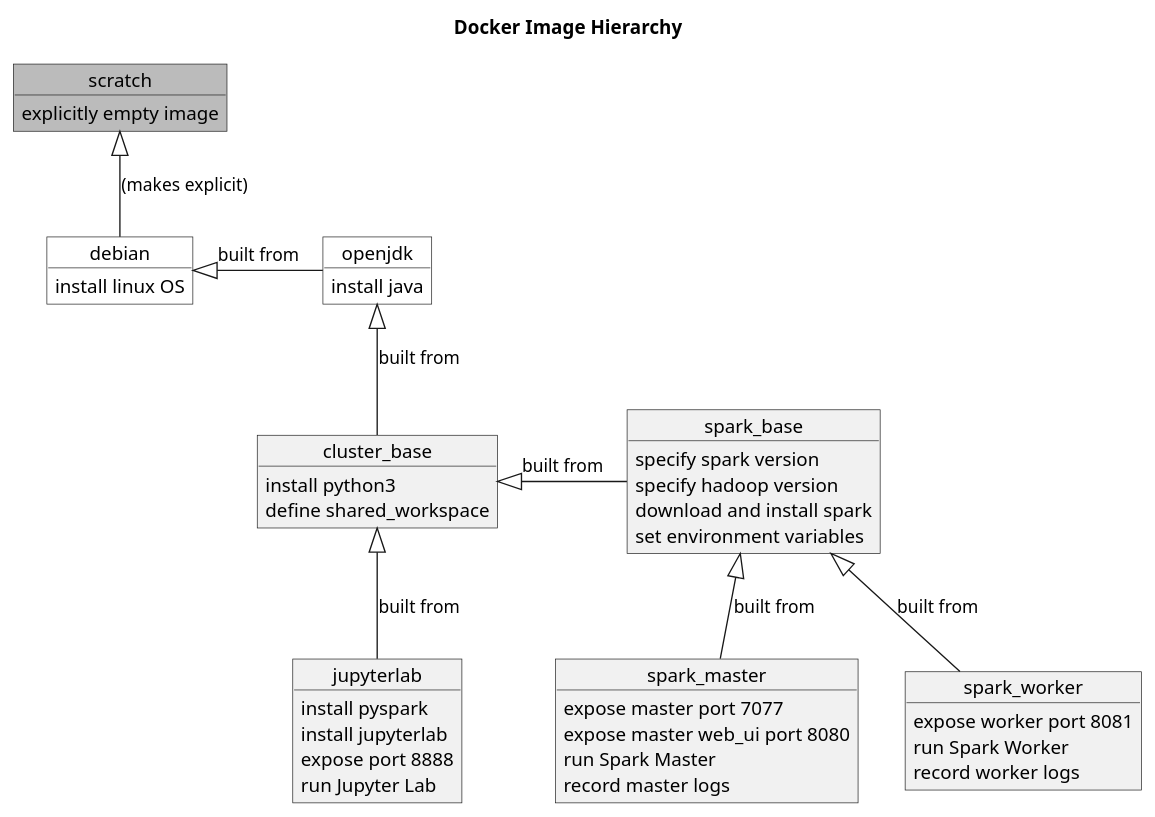
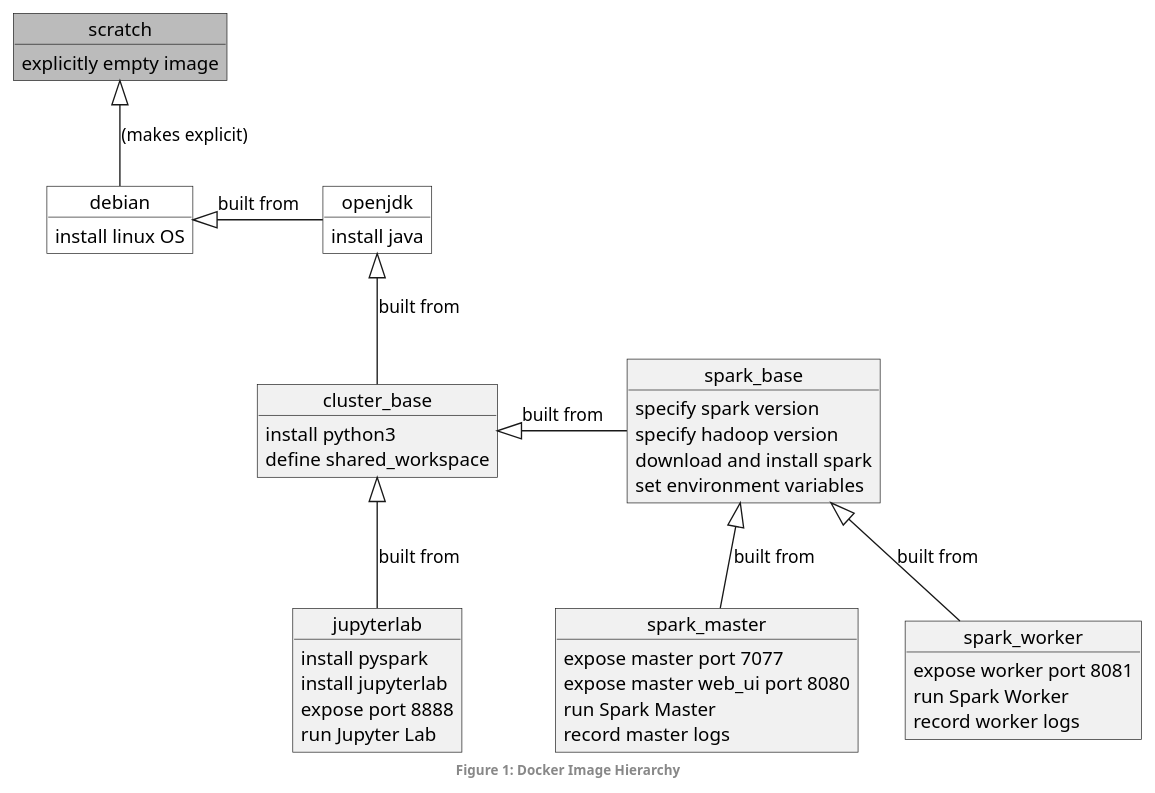
Before and after one commit to peterprescott/spark-standalone: the diagram in files/figures/docker-hierarchy.puml, drawn with PlantUML. The commit also changed 5 other files, not shown here.

Commit message:
Include figure titles as footers

```diff
--- a/files/figures/docker-hierarchy.puml
+++ b/files/figures/docker-hierarchy.puml
@@ -1,50 +1,52 @@
 @startuml
-title: Docker Image Hierarchy
+
+footer: **Figure 1: Docker Image Hierarchy**
 
 object scratch #bbb {
 explicitly empty image
 }
 object debian #fff {
 install linux OS
 }
 object openjdk #fff {
 install java
 }
 object cluster_base {
 install python3
 define shared_workspace
 }
 object jupyterlab {
 install pyspark
 install jupyterlab
 expose port 8888
 run Jupyter Lab
 }
 object spark_base {
 specify spark version
 specify hadoop version
 download and install spark
 set environment variables
 }
 object spark_master {
 expose master port 7077
 expose master web_ui port 8080
 run Spark Master
 record master logs
 }
 object spark_worker {
 expose worker port 8081
 run Spark Worker
 record worker logs
 }
 
 scratch <|-- debian : (makes explicit)
 debian <|- openjdk : built from
 openjdk <|-- cluster_base : built from
 cluster_base <|- spark_base : built from
 cluster_base <|-- jupyterlab : built from
 spark_base <|-- spark_master : built from
 spark_base <|-- spark_worker : built from
 
 
+
 @enduml
```
